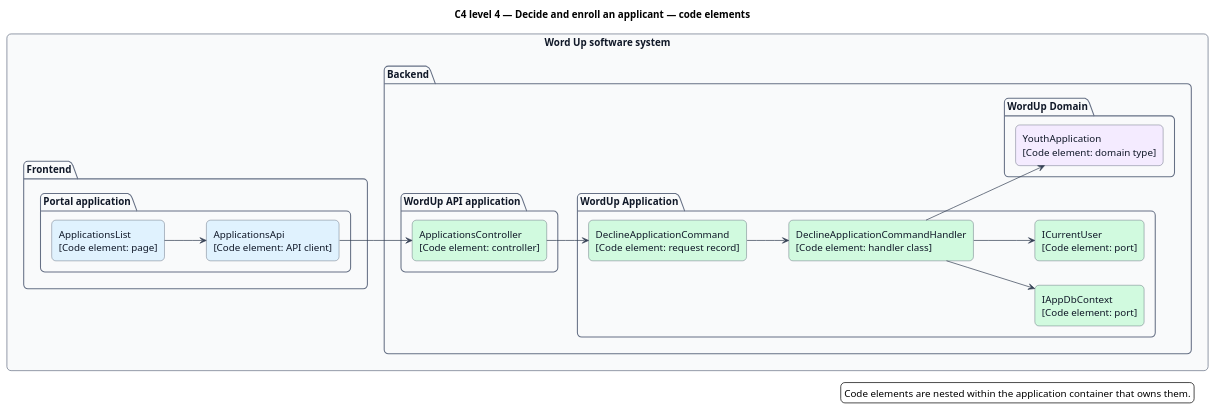
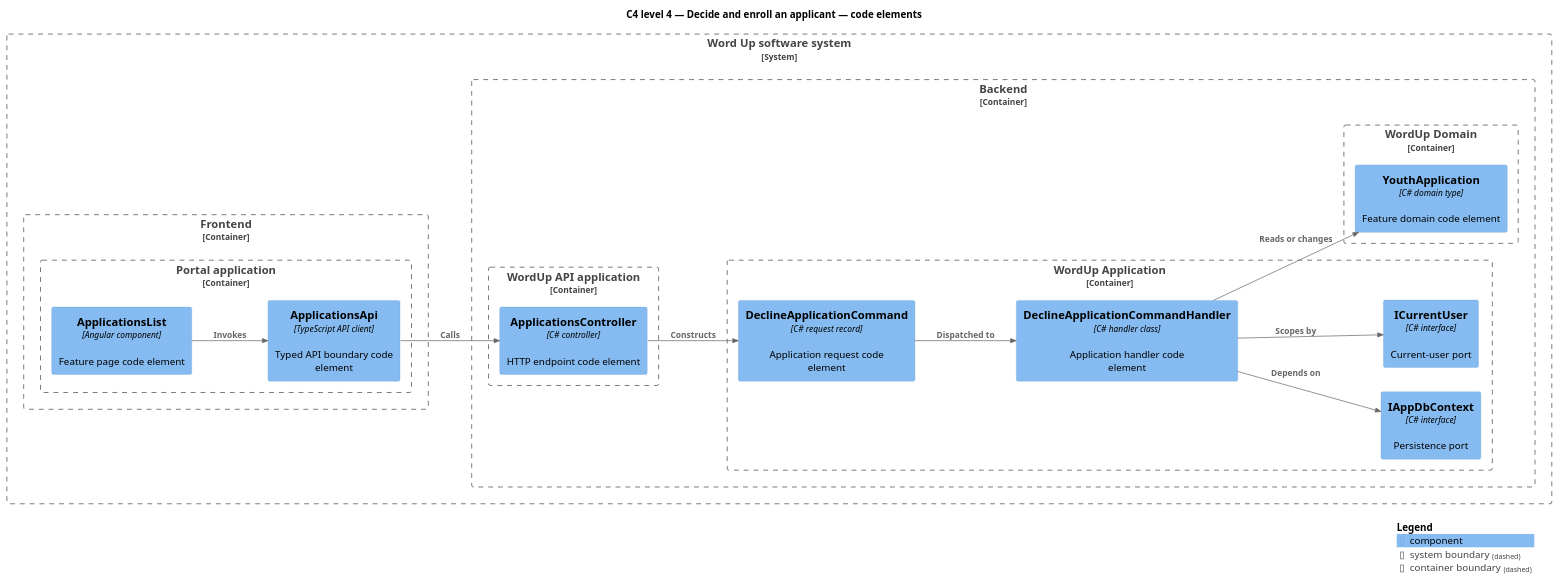
The diagram in docs/detailed-designs/application-intake/decide-and-enroll-applicant/diagrams/c4-code.puml (QuinntyneBrown/waypoint), drawn with PlantUML before and after one commit. The commit also changed 1294 other files, not shown here.

```diff
--- a/docs/detailed-designs/application-intake/decide-and-enroll-applicant/diagrams/c4-code.puml
+++ b/docs/detailed-designs/application-intake/decide-and-enroll-applicant/diagrams/c4-code.puml
@@ -1,50 +1,35 @@
 @startuml
-left to right direction
+!include <C4/C4_Component>
+LAYOUT_LEFT_RIGHT()
 title C4 level 4 — Decide and enroll an applicant — code elements
-skinparam backgroundColor #FFFFFF
-skinparam shadowing false
-skinparam roundcorner 12
-skinparam defaultFontName Arial
-skinparam ArrowColor #344054
-skinparam rectangle {
-  BorderColor #344054
-  FontColor #101828
-}
-skinparam package {
-  BorderColor #667085
-  FontColor #101828
-  BackgroundColor #F9FAFB
-}
-rectangle "Word Up software system" {
-  package "Frontend" {
-    package "Portal application" {
-      rectangle "ApplicationsList\n[Code element: page]" as page #E0F2FE
-      rectangle "ApplicationsApi\n[Code element: API client]" as client #E0F2FE
+System_Boundary(wordup, "Word Up software system") {
+  Container_Boundary(frontend, "Frontend") {
+    Container_Boundary(frontend_app, "Portal application") {
+      Component(page, "ApplicationsList", "Angular component", "Feature page code element")
+      Component(client, "ApplicationsApi", "TypeScript API client", "Typed API boundary code element")
     }
   }
-  package "Backend" {
-    package "WordUp API application" {
-      rectangle "ApplicationsController\n[Code element: controller]" as controller #D1FADF
+  Container_Boundary(backend, "Backend") {
+    Container_Boundary(api_app, "WordUp API application") {
+      Component(controller, "ApplicationsController", "C# controller", "HTTP endpoint code element")
     }
-    package "WordUp Application" {
-      rectangle "DeclineApplicationCommand\n[Code element: request record]" as request #D1FADF
-      rectangle "DeclineApplicationCommandHandler\n[Code element: handler class]" as handler #D1FADF
-      rectangle "IAppDbContext\n[Code element: port]" as dbport #D1FADF
-      rectangle "ICurrentUser\n[Code element: port]" as current #D1FADF
+    Container_Boundary(application, "WordUp Application") {
+      Component(request, "DeclineApplicationCommand", "C# request record", "Application request code element")
+      Component(handler, "DeclineApplicationCommandHandler", "C# handler class", "Application handler code element")
+      Component(dbport, "IAppDbContext", "C# interface", "Persistence port")
+      Component(current, "ICurrentUser", "C# interface", "Current-user port")
     }
-    package "WordUp Domain" {
-      rectangle "YouthApplication\n[Code element: domain type]" as entity #F4EBFF
+    Container_Boundary(domain, "WordUp Domain") {
+      Component(entity, "YouthApplication", "C# domain type", "Feature domain code element")
     }
   }
 }
-page --> client
-client --> controller
-controller --> request
-request --> handler
-handler --> dbport
-handler --> current
-handler --> entity
-legend right
-  Code elements are nested within the application container that owns them.
-endlegend
+Rel(page, client, "Invokes")
+Rel(client, controller, "Calls")
+Rel(controller, request, "Constructs")
+Rel(request, handler, "Dispatched to")
+Rel(handler, dbport, "Depends on")
+Rel(handler, current, "Scopes by")
+Rel(handler, entity, "Reads or changes")
+SHOW_LEGEND()
 @enduml
```
